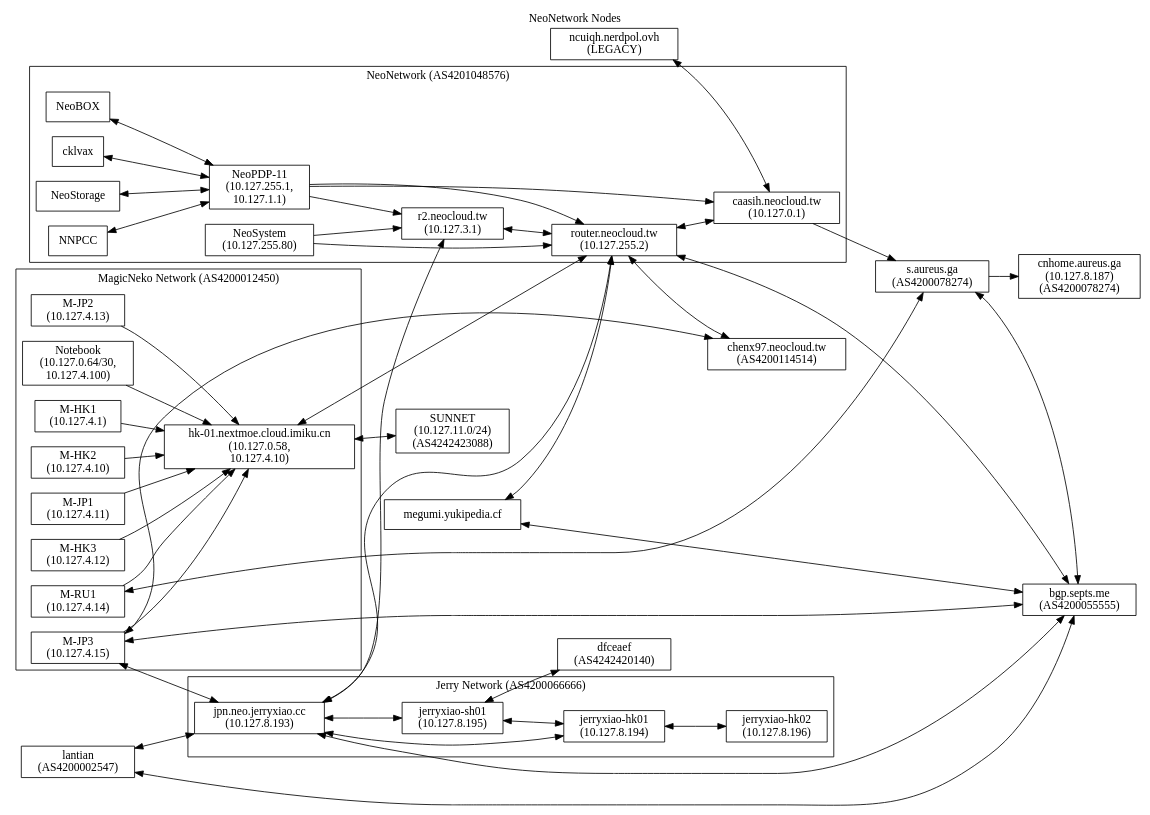
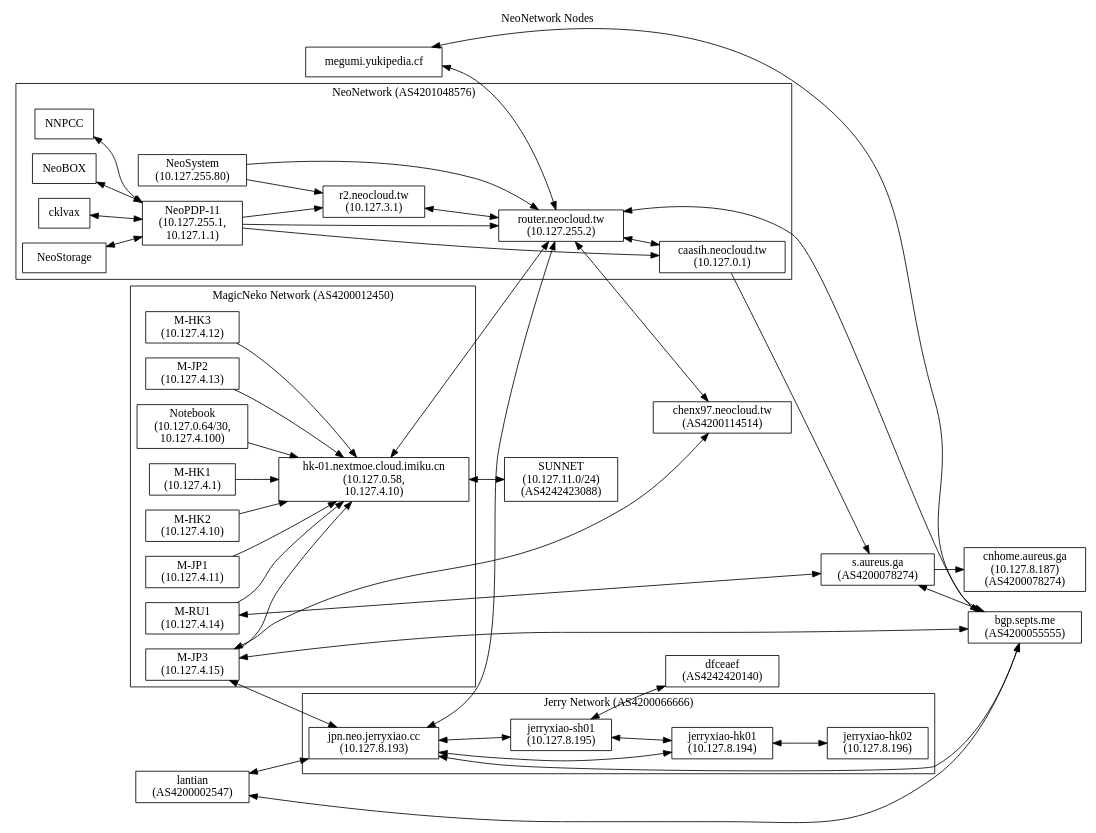
Before and after one commit to NeoCloud/NeoNetwork: the diagram in nodes.dot, drawn with Graphviz. The commit also changed 3 other files, not shown here.

```diff
--- a/nodes.dot
+++ b/nodes.dot
@@ -1,96 +1,93 @@
 digraph "NeoNetwork Nodes"
 {
 	label="NeoNetwork Nodes";
 	labelloc="t";
 	rankdir=LR;
 	node [shape=box]
 	c [label="caasih.neocloud.tw\n(10.127.0.1)"]
 	ucbvax [label="router.neocloud.tw\n(10.127.255.2)"]
 	np11 [label="NeoPDP-11\n(10.127.255.1,\n10.127.1.1)"]
 	ns [label="NeoSystem\n(10.127.255.80)"]
-	ncuiqh [label="ncuiqh.nerdpol.ovh\n(LEGACY)"]
 	megumiLHS [label="megumi.yukipedia.cf"]
 	pan [label="r2.neocloud.tw\n(10.127.3.1)"]
 	icecat_Explosion [label="hk-01.nextmoe.cloud.imiku.cn\n(10.127.0.58,\n10.127.4.10)"]
 	icecat_Notebook [label="Notebook\n(10.127.0.64/30,\n10.127.4.100)"]
 	magicneko_HK01 [label="M-HK1\n(10.127.4.1)"]
 	magicneko_HK02 [label="M-HK2\n(10.127.4.10)"]
 	magicneko_JP01 [label="M-JP1\n(10.127.4.11)"]
 	magicneko_HK03 [label="M-HK3\n(10.127.4.12)"]
 	magicneko_JP02 [label="M-JP2\n(10.127.4.13)"]
 	magicneko_RU01 [label="M-RU1\n(10.127.4.14)"]
 	magicneko_JP03 [label="M-JP3\n(10.127.4.15)"]
 	staph [label="s.aureus.ga\n(AS4200078274)"]
 	staph_CN [label="cnhome.aureus.ga\n(10.127.8.187)\n(AS4200078274)"]
 	chenx97 [label="chenx97.neocloud.tw\n(AS4200114514)"]
 	JerryXiao [label="jpn.neo.jerryxiao.cc\n(10.127.8.193)"]
 	JerryXiao_SH01 [label="jerryxiao-sh01\n(10.127.8.195)"]
 	JerryXiao_HK01 [label="jerryxiao-hk01\n(10.127.8.194)"]
 	JerryXiao_HK02 [label="jerryxiao-hk02\n(10.127.8.196)"]
 	septs [label="bgp.septs.me\n(AS4200055555)"]
 	lantian [label="lantian\n(AS4200002547)"]
 	dfceaef [label="dfceaef\n(AS4242420140)"]
 	SUNNET [label="SUNNET\n(10.127.11.0/24)\n(AS4242423088)"]
 	subgraph cluster_AS4201048576
 	{
 		label = "NeoNetwork (AS4201048576)";
 
 		NNPCC -> np11 [dir=both]
 		NeoBOX -> np11 [dir=both]
 		cklvax -> np11 [dir=both]
 		NeoStorage -> np11 [dir=both]
 		np11 -> ucbvax
 		np11 -> pan
 		np11 -> c
 		ucbvax -> c [dir=both]
 		ns -> ucbvax
 		ns -> pan
 		pan -> ucbvax [dir=both]
 	}
 
-	ncuiqh -> c [dir=both]
 	megumiLHS -> ucbvax [dir=both]
 	icecat_Explosion -> ucbvax [dir=both]
 	c -> staph
 	staph -> staph_CN
 	ucbvax -> chenx97 [dir=both]
 
 	subgraph cluster_AS4200012450
 	{
 		label="MagicNeko Network (AS4200012450)";
 
 		magicneko_HK01-> icecat_Explosion
 		magicneko_HK02-> icecat_Explosion
 		magicneko_JP01 -> icecat_Explosion
 		magicneko_HK03 -> icecat_Explosion
 		magicneko_JP02 -> icecat_Explosion
 		magicneko_RU01 -> icecat_Explosion
 		magicneko_JP03 -> icecat_Explosion
 		icecat_Notebook -> icecat_Explosion
 	}
 
 	subgraph cluster_AS4200066666
 	{
 		label="Jerry Network (AS4200066666)";
 
 		JerryXiao -> JerryXiao_SH01 [dir=both]
 		JerryXiao -> JerryXiao_HK01 [dir=both]
 		JerryXiao_SH01 -> JerryXiao_HK01 [dir=both]
 		JerryXiao_HK01 -> JerryXiao_HK02 [dir=both]
 	}
 
-	JerryXiao -> pan [dir=both]
 	JerryXiao -> ucbvax [dir=both]
 	JerryXiao -> septs [dir=both]
 	JerryXiao_SH01 -> dfceaef [dir=both]
 	magicneko_JP03 -> JerryXiao [dir=both]
 	lantian -> septs [dir=both]
 	lantian -> JerryXiao [dir=both]
 	magicneko_JP03 -> septs [dir=both]
 	staph -> septs [dir=both]
 	ucbvax -> septs [dir=both]
 	magicneko_JP03 -> chenx97 [dir=both]
 	magicneko_RU01 -> staph [dir=both]
 	megumiLHS -> septs [dir=both]
 	icecat_Explosion -> SUNNET [dir=both]
 }
```
